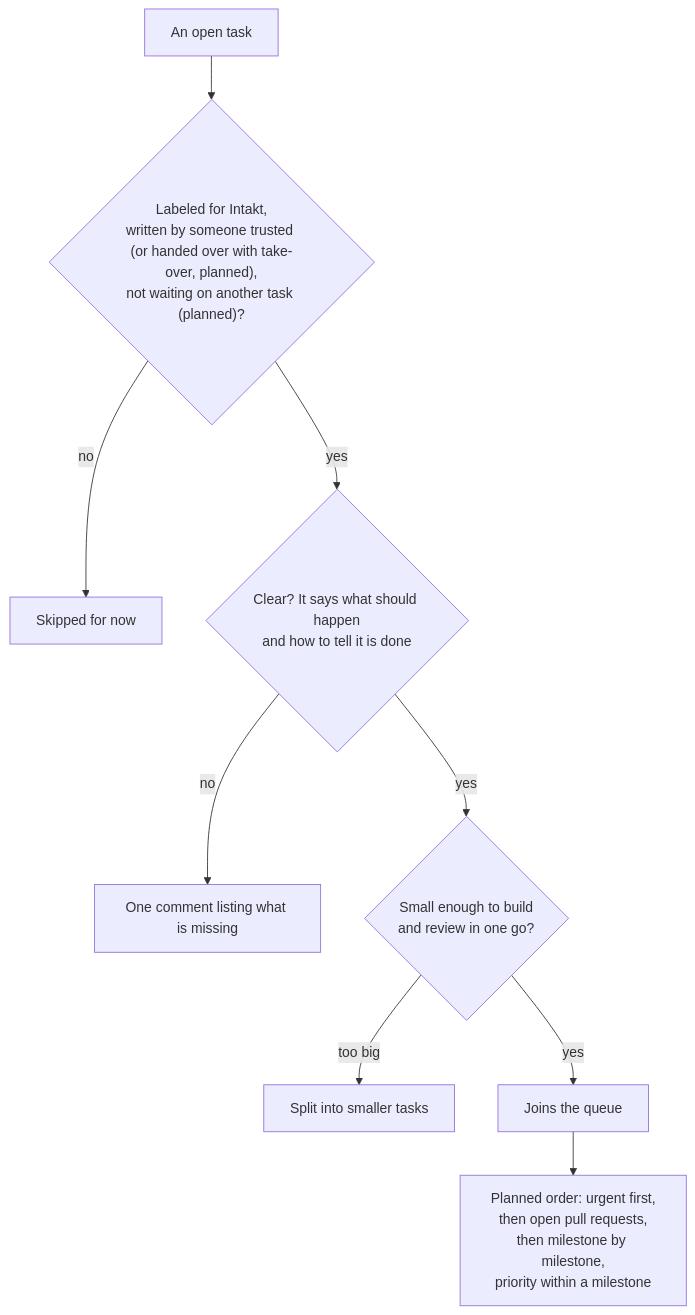
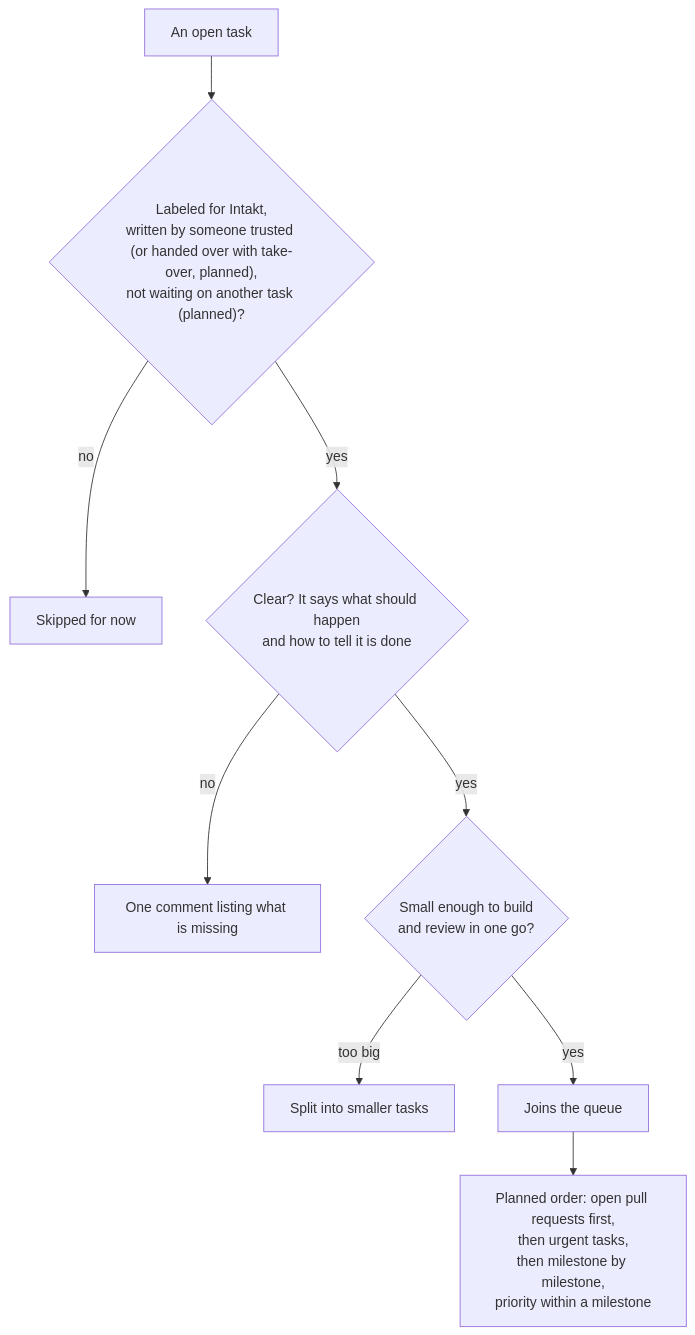
The second of 5 diagrams in docs/guide/the-journey-of-a-task.md (shinyredapples/intakt), drawn with Mermaid before and after one commit. The commit also changed other lines of this file and 11 other files, not shown here.

````diff
--- a/docs/guide/the-journey-of-a-task.md
+++ b/docs/guide/the-journey-of-a-task.md
@@ -20,11 +20,11 @@
 ```mermaid
 flowchart TD
   t[An open task] --> e{"Labeled for Intakt,<br/>written by someone trusted (or handed over with take-over, planned),<br/>not waiting on another task (planned)?"}
   e -- no --> skip[Skipped for now]
   e -- yes --> r{Clear? It says what should happen<br/>and how to tell it is done}
   r -- no --> ask[One comment listing what is missing]
   r -- yes --> s{Small enough to build<br/>and review in one go?}
   s -- too big --> split[Split into smaller tasks]
   s -- yes --> q[Joins the queue]
-  q --> order[Planned order: urgent first,<br/>then open pull requests,<br/>then milestone by milestone,<br/>priority within a milestone]
+  q --> order[Planned order: open pull requests first,<br/>then urgent tasks,<br/>then milestone by milestone,<br/>priority within a milestone]
 ```
````
